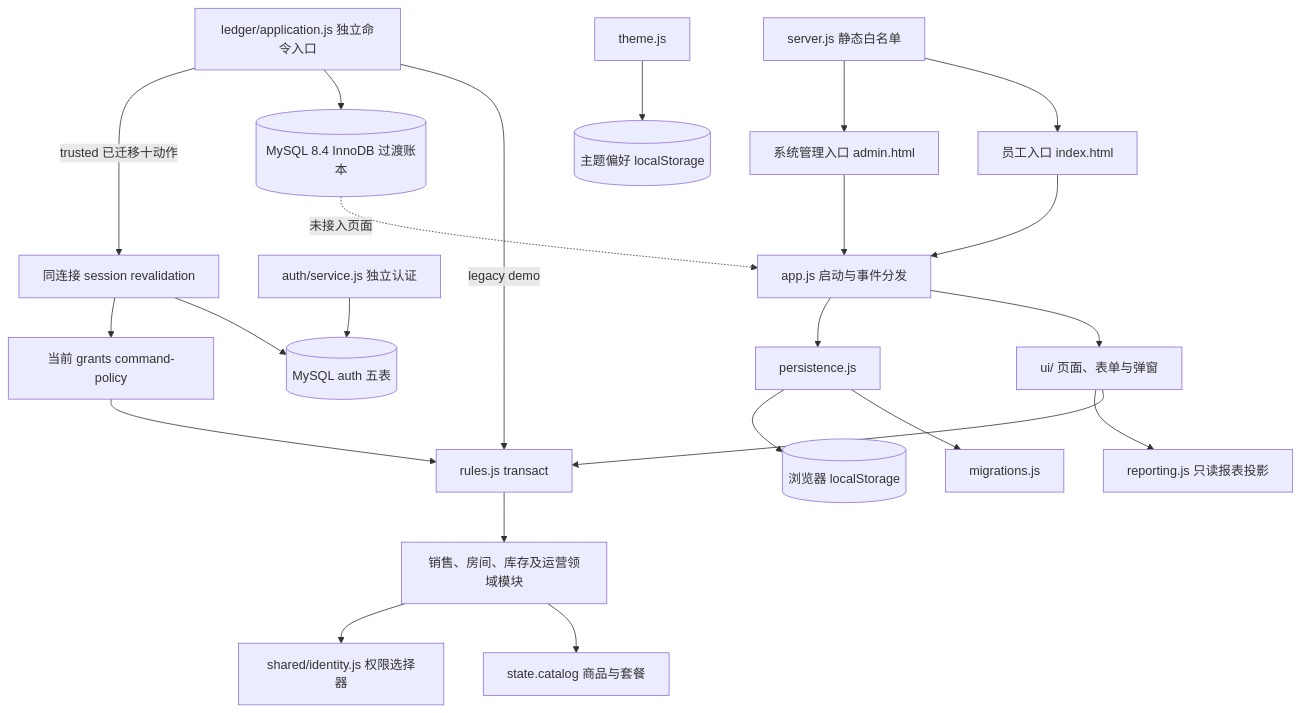
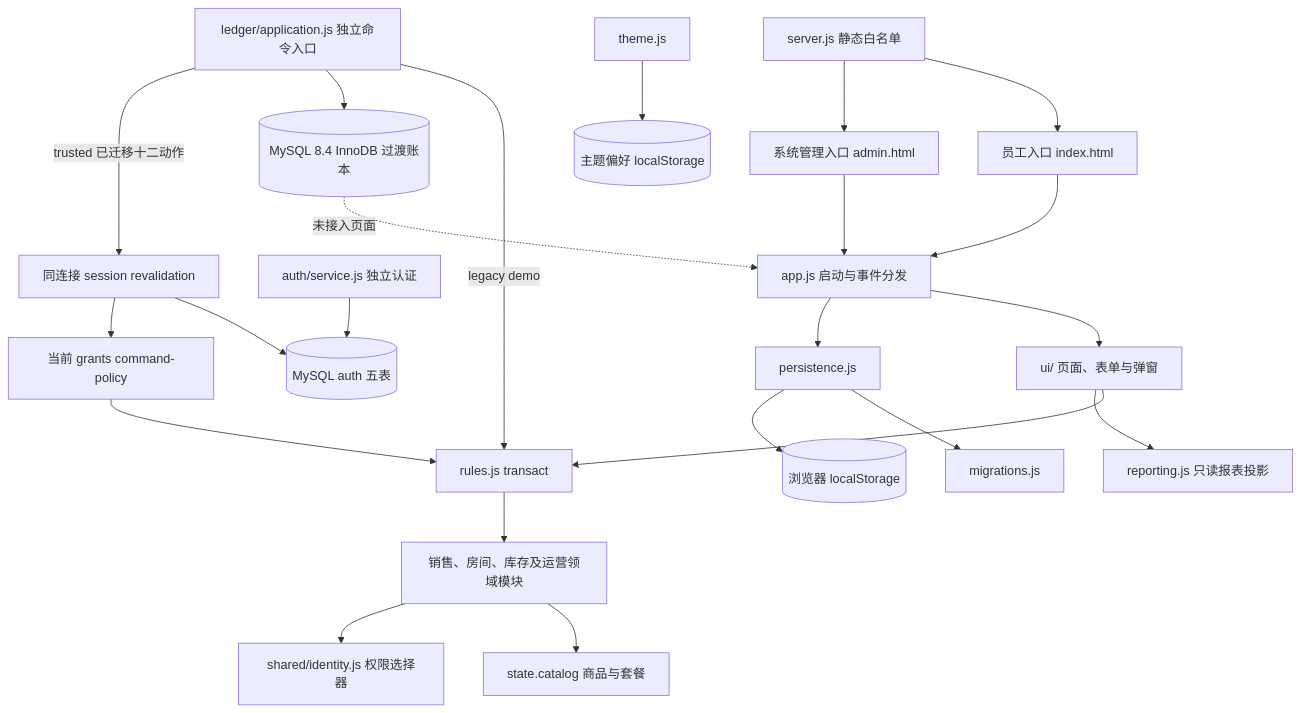
One commit to Richard-Zhuo/codex-KTV changed the diagram in docs/ARCHITECTURE.md. Above: the diagram before and after it, drawn with Mermaid. The commit also changed other lines of this file and 16 other files, not shown here.

````diff
--- a/docs/ARCHITECTURE.md
+++ b/docs/ARCHITECTURE.md
@@ -7,25 +7,25 @@
 ```mermaid
 flowchart TD
   E[员工入口 index.html] --> APP[app.js 启动与事件分发]
   A[系统管理入口 admin.html] --> APP
   APP --> UI[ui/ 页面、表单与弹窗]
   APP --> P[persistence.js]
   P --> M[migrations.js]
   P --> LS[(浏览器 localStorage)]
   UI --> TX[rules.js transact]
   TX --> D[销售、房间、库存及运营领域模块]
   UI --> REP[reporting.js 只读报表投影]
   D --> C[state.catalog 商品与套餐]
   D --> ID[shared/identity.js 权限选择器]
   T[theme.js] --> PREF[(主题偏好 localStorage)]
   S[server.js 静态白名单] --> E
   S --> A
   L[ledger/application.js 独立命令入口] -->|legacy demo| TX
   L --> DB[(MySQL 8.4 InnoDB 过渡账本)]
   AUTH[auth/service.js 独立认证] --> AUTHDB[(MySQL auth 五表)]
-  L -->|trusted 已迁移十动作| RV[同连接 session revalidation]
+  L -->|trusted 已迁移十二动作| RV[同连接 session revalidation]
   RV --> AUTHDB
   RV --> CP[当前 grants command-policy]
   CP --> TX
   DB -. 未接入页面 .-> APP
 ```
````
